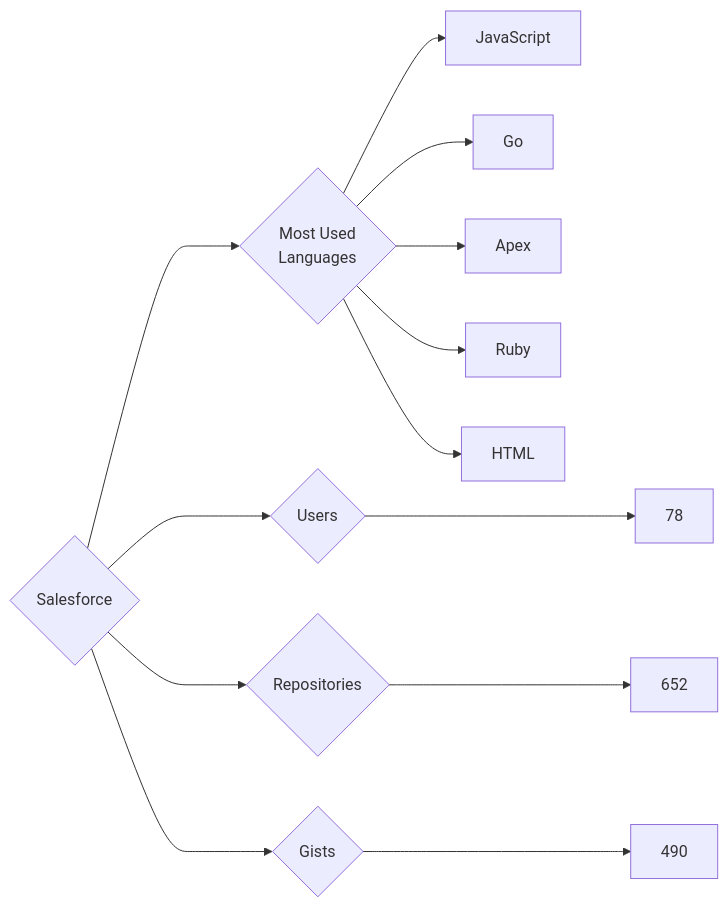
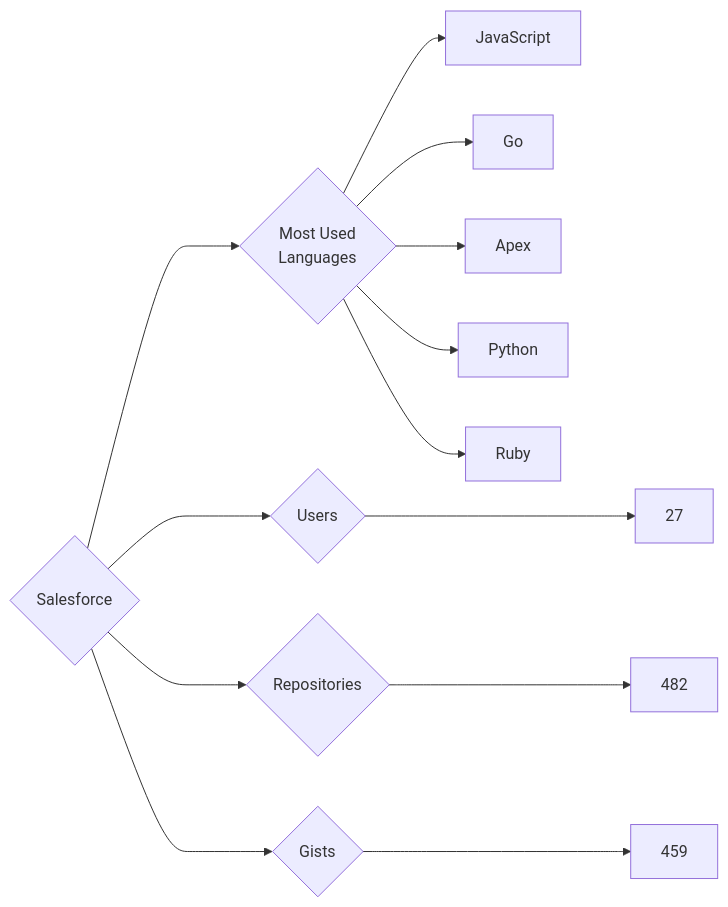
Before and after one commit to trickest/insiders: the diagram in targets/Salesforce/README.md, drawn with Mermaid. The commit also changed 973 other files, not shown here.

````diff
--- a/targets/Salesforce/README.md
+++ b/targets/Salesforce/README.md
@@ -3,13 +3,13 @@
 ```mermaid
 graph LR
 COMPANY_NAME{Salesforce}
-COMPANY_NAME ---> U{Users} ---> UN[78]
-COMPANY_NAME ---> R{Repositories} ---> RN[652]
-COMPANY_NAME ---> G{Gists} ---> GN[490]
+COMPANY_NAME ---> U{Users} ---> UN[27]
+COMPANY_NAME ---> R{Repositories} ---> RN[482]
+COMPANY_NAME ---> G{Gists} ---> GN[459]
 COMPANY_NAME ---> ML{Most Used<br>Languages}
 ML --> JavaScript[JavaScript]
 ML --> Go[Go]
 ML --> Apex[Apex]
+ML --> Python[Python]
 ML --> Ruby[Ruby]
-ML --> HTML[HTML]
 ```
````
